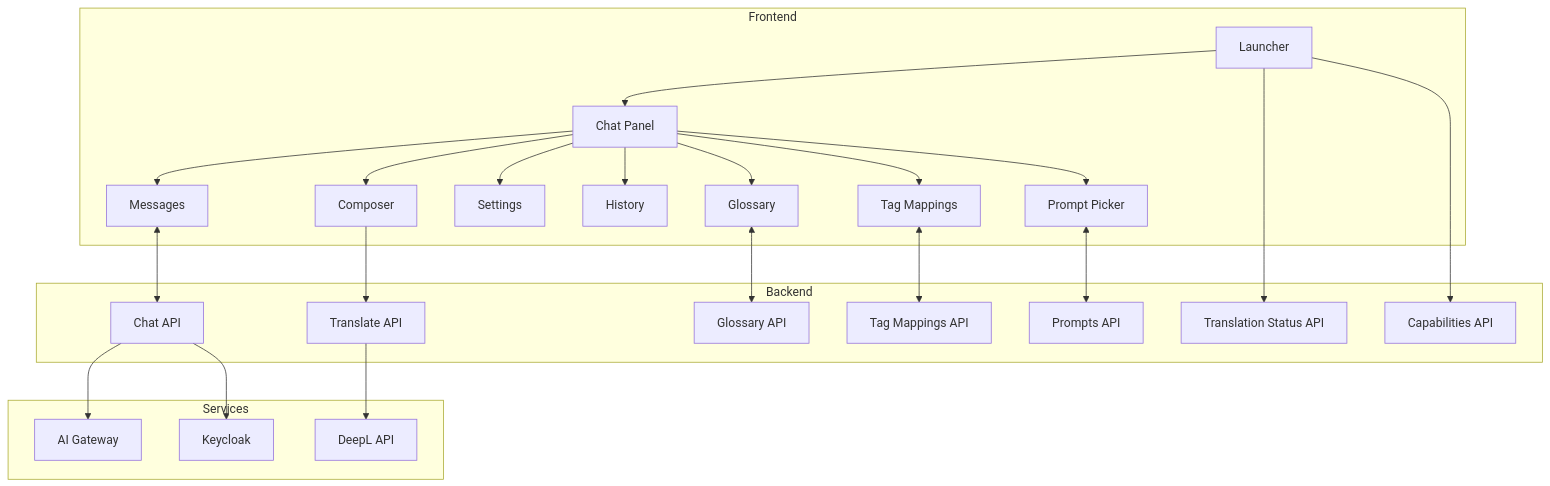
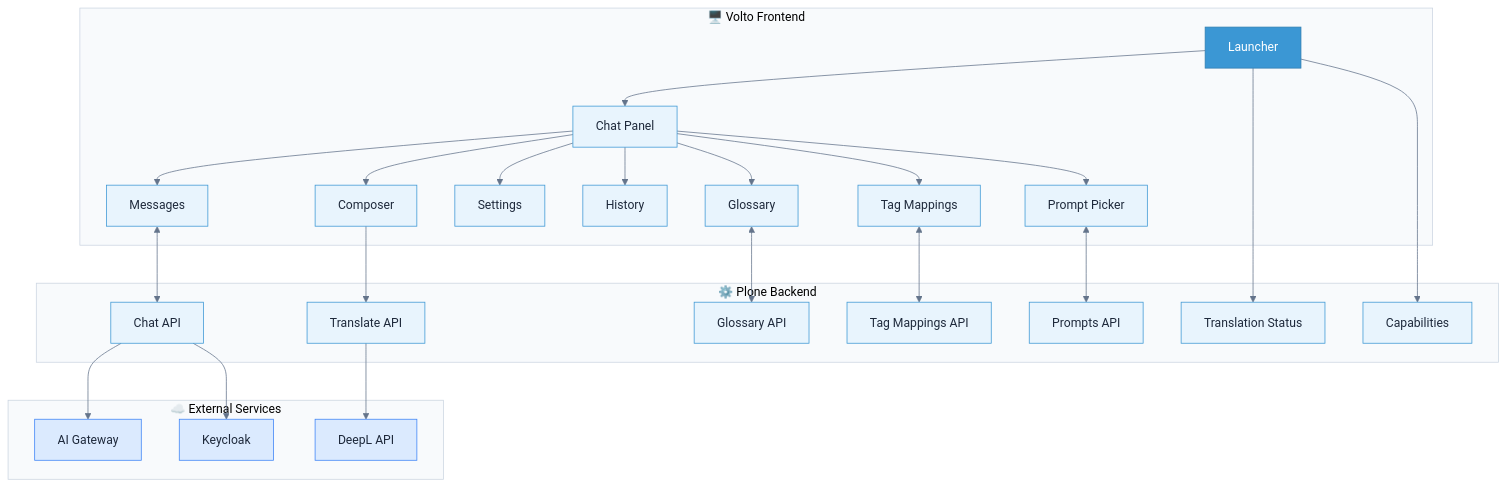
One commit to interaktivgmbh/volto-interaktiv-kyra changed the fifth of 6 diagrams in README.md. Above: the diagram before and after it, drawn with Mermaid. The commit also changed other lines of this file, not shown here.

Commit message:
Enhance README with updated interactive showcase, refined Mermaid diagrams, and improved visualization styles

````diff
--- a/README.md
+++ b/README.md
@@ -188,40 +211,46 @@
 ```mermaid
+%%{init: {'theme': 'base', 'themeVariables': {'primaryColor': '#e8f4fd', 'primaryBorderColor': '#3b97d4', 'primaryTextColor': '#1e293b', 'lineColor': '#64748b', 'clusterBkg': '#f8fafc', 'clusterBorder': '#cbd5e1'}}}%%
 flowchart TD
-    subgraph Frontend
+    subgraph Frontend["🖥️ Volto Frontend"]
         L["Launcher"] --> P["Chat Panel"]
         P --> Chat["Messages"]
         P --> Comp["Composer"]
         P --> Set["Settings"]
         P --> Hist["History"]
         P --> Gloss["Glossary"]
         P --> Tags["Tag Mappings"]
         P --> Prom["Prompt Picker"]
     end
 
-    subgraph Backend
+    subgraph Backend["⚙️ Plone Backend"]
         C1["Chat API"]
         C2["Translate API"]
         C3["Prompts API"]
         C4["Glossary API"]
         C5["Tag Mappings API"]
-        C6["Translation Status API"]
-        C7["Capabilities API"]
+        C6["Translation Status"]
+        C7["Capabilities"]
     end
 
-    subgraph Services
+    subgraph Services["☁️ External Services"]
         GW["AI Gateway"]
         DL["DeepL API"]
         KC["Keycloak"]
     end
 
     Chat <--> C1
     Comp --> C2
     Prom <--> C3
     Gloss <--> C4
     Tags <--> C5
     L --> C6
     L --> C7
     C1 --> GW
     C1 --> KC
     C2 --> DL
+
+    style L fill:#3b97d4,stroke:#307db0,color:#fff
+    style GW fill:#dbeafe,stroke:#3b82f6
+    style DL fill:#dbeafe,stroke:#3b82f6
+    style KC fill:#dbeafe,stroke:#3b82f6
 ```
````
